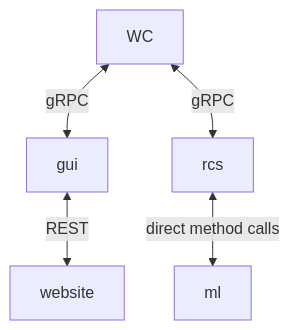
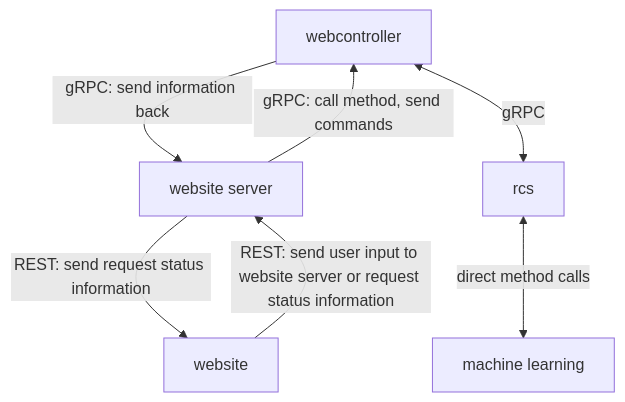
Before and after one commit to BjoernFuertges/Study_Project_Robot_Control: the diagram in README.md, drawn with Mermaid.

Commit message:
Readme: better arrow description

````diff
--- a/README.md
+++ b/README.md
@@ -4,7 +4,9 @@
 ```mermaid
 graph TD;
-    A[WC]<--> |gRPC| B[gui];
+    A[webcontroller]--> |gRPC: send information back| B[website server];
+    B --> |gRPC: call method, send commands| A;
     A <--> |gRPC| C[rcs];
-    B <--> |REST| D[website];
-    C <--> |direct method calls| E[ml];
+    B --> |REST: send request status information| D[website];
+    D --> |REST: send user input to website server or request status information| B;
+    C <--> |direct method calls| E[machine learning];
 ```
````
